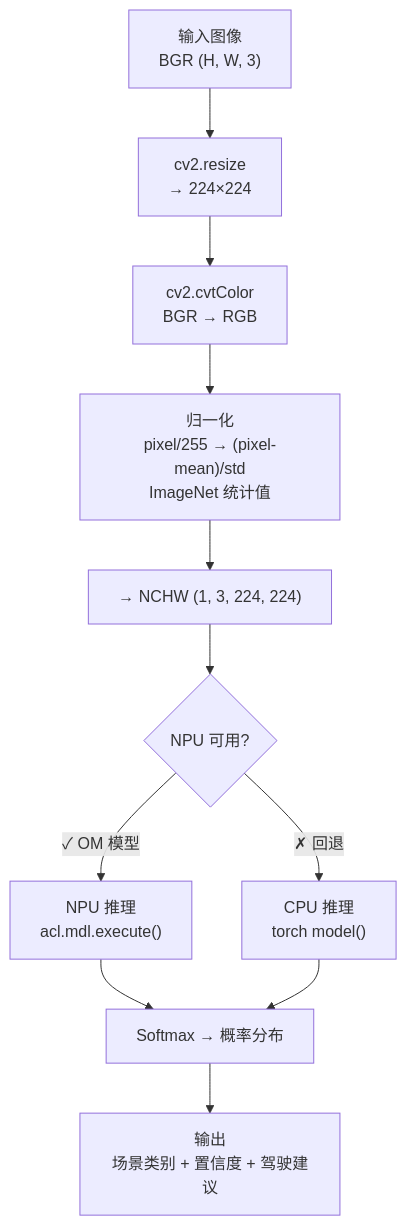
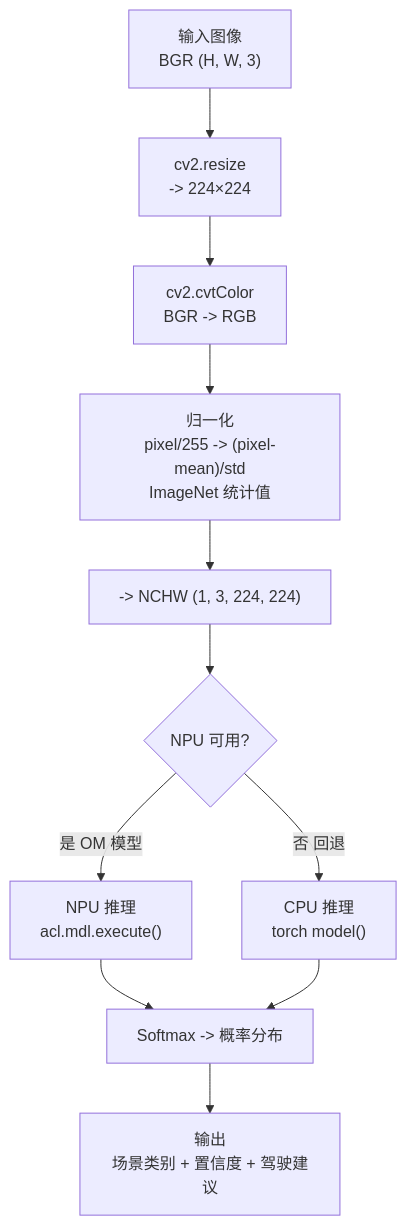
Before and after one commit to zhouxzh/Ascend310: the third of 6 diagrams in src/experiment/case6.md, drawn with Mermaid. The commit also changed other lines of this file and 51 other files, not shown here.

````diff
--- a/src/experiment/case6.md
+++ b/src/experiment/case6.md
@@ -191,16 +191,16 @@
 ```mermaid
 flowchart TD
-    INPUT["输入图像\nBGR (H, W, 3)"] --> RESIZE["cv2.resize\n→ 224×224"]
-    RESIZE --> RGB["cv2.cvtColor\nBGR → RGB"]
-    RGB --> NORM["归一化\npixel/255 → (pixel-mean)/std\nImageNet 统计值"]
-    NORM --> TENSOR["→ NCHW (1, 3, 224, 224)"]
+    INPUT["输入图像\nBGR (H, W, 3)"] --> RESIZE["cv2.resize\n-> 224×224"]
+    RESIZE --> RGB["cv2.cvtColor\nBGR -> RGB"]
+    RGB --> NORM["归一化\npixel/255 -> (pixel-mean)/std\nImageNet 统计值"]
+    NORM --> TENSOR["-> NCHW (1, 3, 224, 224)"]
     TENSOR --> CHECK{"NPU 可用?"}
 
-    CHECK -->|"✓ OM 模型"| NPU_INFER["NPU 推理\nacl.mdl.execute()"]
-    CHECK -->|"✗ 回退"| CPU_INFER["CPU 推理\ntorch model()"]
+    CHECK -->|"是 OM 模型"| NPU_INFER["NPU 推理\nacl.mdl.execute()"]
+    CHECK -->|"否 回退"| CPU_INFER["CPU 推理\ntorch model()"]
 
-    NPU_INFER --> SOFTMAX["Softmax → 概率分布"]
+    NPU_INFER --> SOFTMAX["Softmax -> 概率分布"]
     CPU_INFER --> SOFTMAX
 
     SOFTMAX --> OUTPUT["输出\n场景类别 + 置信度 + 驾驶建议"]
 ```
````
